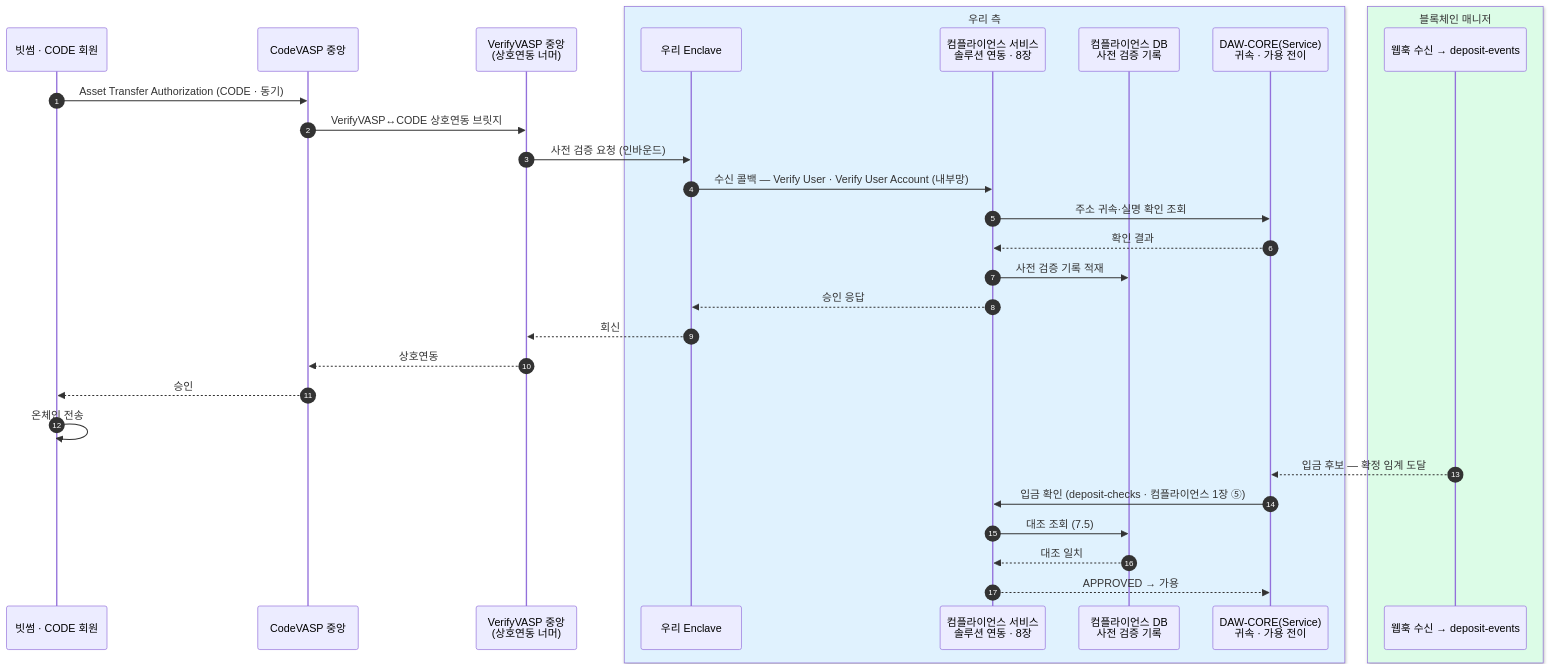
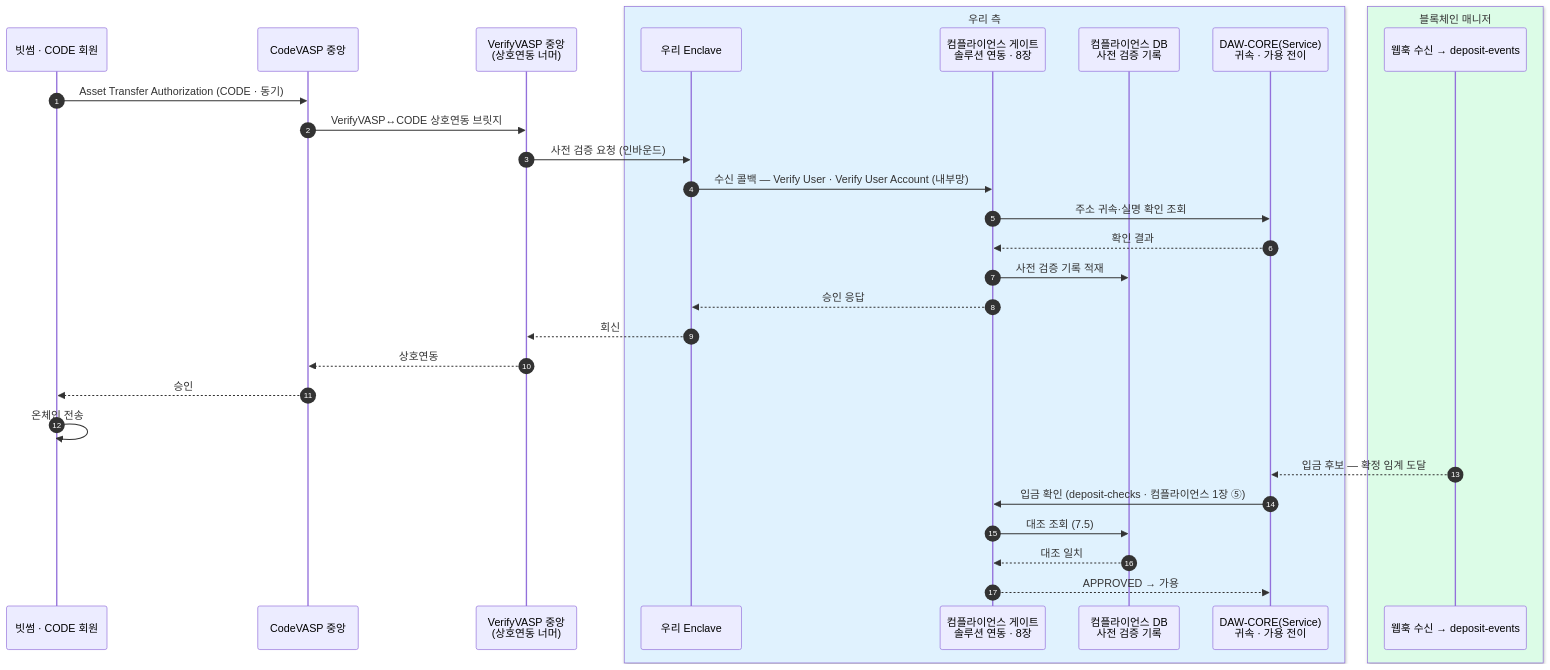
The second of 2 diagrams in blockchain-manager/docs/트래블룰/설계/11-appendix-domestic-flows.md (eunsujeo/eunpus), drawn with Mermaid before and after one commit. The commit also changed other lines of this file and 47 other files, not shown here.

First line of the commit message:
웹훅 상세 설계 + BC 카테고리 개편 + ERD·시나리오 애니메이션 도구

````diff
--- a/blockchain-manager/docs/트래블룰/설계/11-appendix-domestic-flows.md
+++ b/blockchain-manager/docs/트래블룰/설계/11-appendix-domestic-flows.md
@@ -72,34 +72,34 @@
 ```mermaid
 sequenceDiagram
     autonumber
     participant SV as 빗썸 · CODE 회원
     participant CV as CodeVASP 중앙
     participant HUB as VerifyVASP 중앙<br/>(상호연동 너머)
     box rgb(224,242,254) 우리 측
     participant EN as 우리 Enclave
-    participant TR as 컴플라이언스 서비스<br/>솔루션 연동 · 8장
+    participant TR as 컴플라이언스 게이트<br/>솔루션 연동 · 8장
     participant WQ as 컴플라이언스 DB<br/>사전 검증 기록
     participant BE as DAW-CORE(Service)<br/>귀속 · 가용 전이
     end
     box rgb(220,252,231) 블록체인 매니저
     participant BM as 웹훅 수신 → deposit-events
     end
 
     SV->>CV: Asset Transfer Authorization (CODE · 동기)
     CV->>HUB: VerifyVASP↔CODE 상호연동 브릿지
     HUB->>EN: 사전 검증 요청 (인바운드)
     EN->>TR: 수신 콜백 — Verify User · Verify User Account (내부망)
     TR->>BE: 주소 귀속·실명 확인 조회
     BE-->>TR: 확인 결과
     TR->>WQ: 사전 검증 기록 적재
     TR-->>EN: 승인 응답
     EN-->>HUB: 회신
     HUB-->>CV: 상호연동
     CV-->>SV: 승인
     SV->>SV: 온체인 전송
     BM-->>BE: 입금 후보 — 확정 임계 도달
     BE->>TR: 입금 확인 (deposit-checks · 컴플라이언스 1장 ⑤)
     TR->>WQ: 대조 조회 (7.5)
     WQ-->>TR: 대조 일치
     TR-->>BE: APPROVED → 가용
 ```
````
